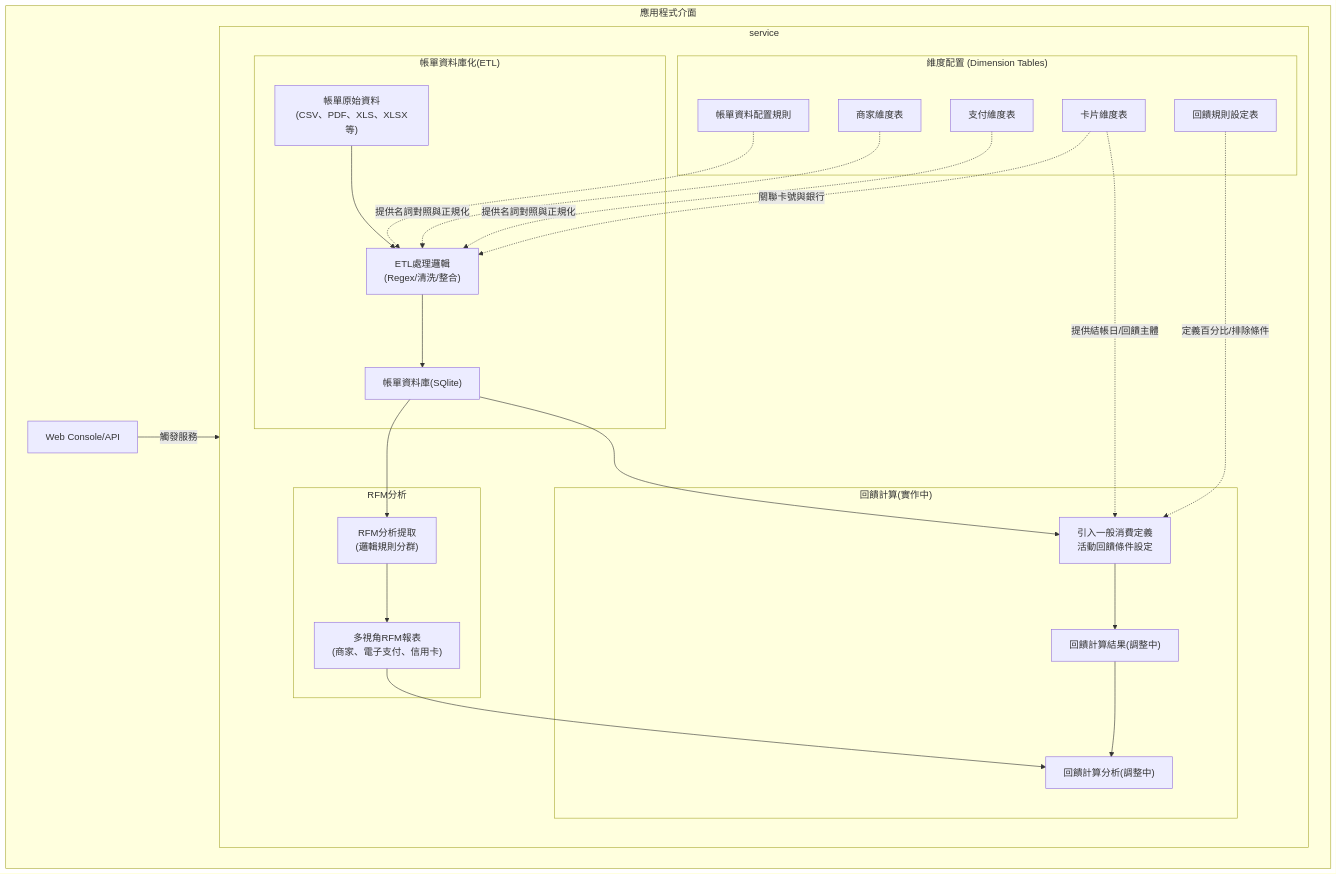
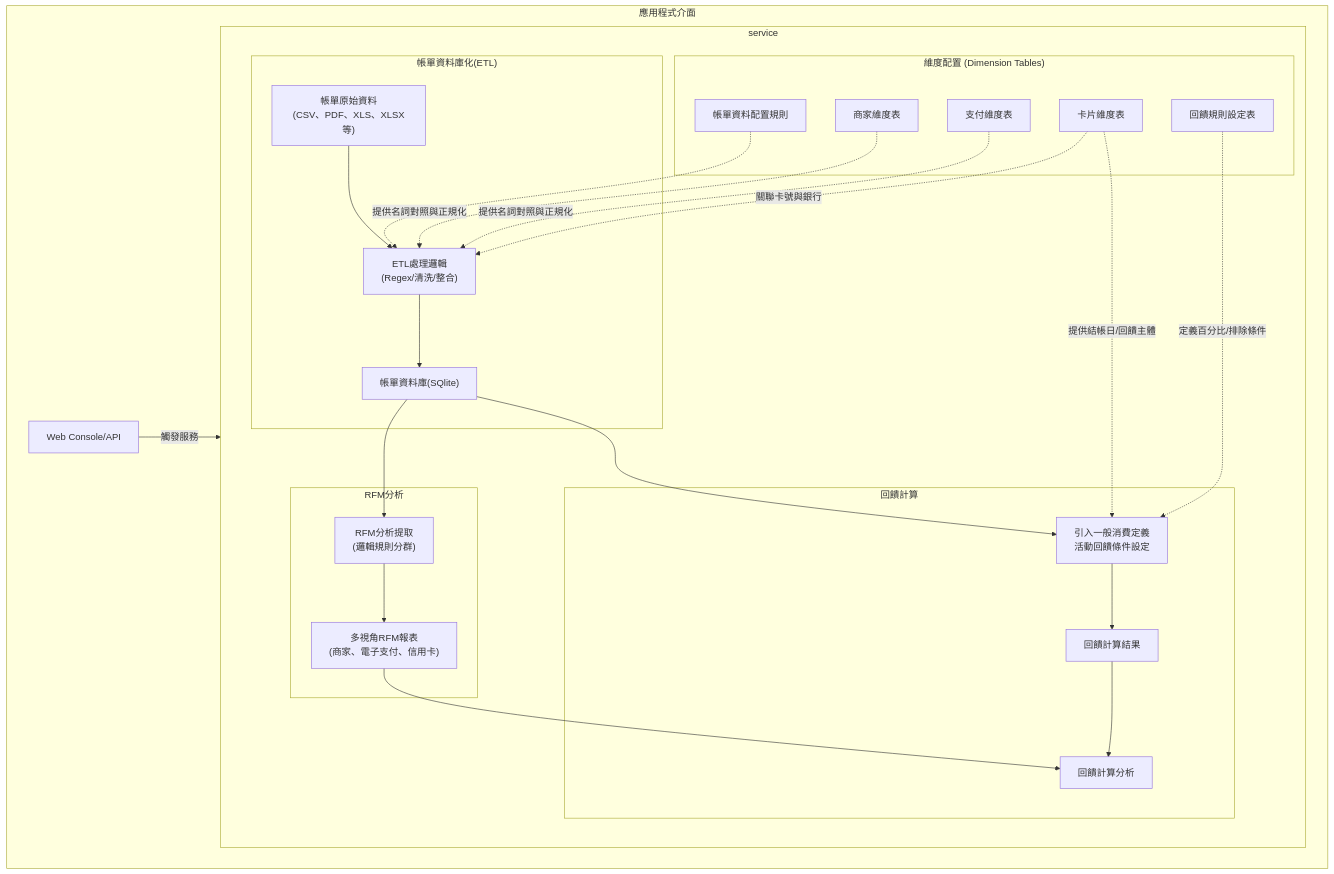
The diagram in README.md (hh821029/CardFlowAnalytics), drawn with Mermaid before and after one commit. The commit also changed other lines of this file, not shown here.

Commit message:
README.md更新

````diff
--- a/README.md
+++ b/README.md
@@ -37,45 +39,45 @@
 ```mermaid
 
 graph TB
     subgraph service
         subgraph configs["維度配置 (Dimension Tables)"]
             E_dim_parsers["帳單資料配置規則"]
             E_dim_card_source["卡片維度表<br/>"]
             E_dim_merchant_source["商家維度表<br/>"]
             E_dim_thirdpay_source["支付維度表<br/>"]
             E_dim_reward_rule_source["回饋規則設定表<br/>"]
             end
                 
         subgraph DB_service ["帳單資料庫化(ETL)"]
             E_Bill_source["帳單原始資料<br/>(CSV、PDF、XLS、XLSX等)"] --> ETL_Logic["ETL處理邏輯<br/>(Regex/清洗/整合)"]
             E_dim_parsers-.-> ETL_Logic
             ETL_Logic --> E_DB["帳單資料庫(SQlite)"]
             end
 
         subgraph RFM_analysis ["RFM分析"]
             E_DB -->RFM_Logic["RFM分析提取<br/>(邏輯規則分群)<br/>"]
             RFM_Logic --> E_RFM["多視角RFM報表<br/>(商家、電子支付、信用卡)"]
             end		
 
-        subgraph Reward_Calculation ["回饋計算(實作中)"]
+        subgraph Reward_Calculation ["回饋計算"]
             E_DB -->Reward_Engine["引入一般消費定義<br/>活動回饋條件設定<br/>"]
-            Reward_Engine --> E_Reward["回饋計算結果(調整中)"]
-            E_RFM --> E_Reward_Analysis["回饋計算分析(調整中)"]
-            E_Reward --> E_Reward_Analysis
+            Reward_Engine --> E_Reward["回饋計算結果"]
+            E_RFM --> E_Reward_Analysis["回饋計算分析"]
+            E_Reward --> E_Reward_Analysis  
             end
             
         E_dim_merchant_source -.->|"提供名詞對照與正規化"| ETL_Logic
         E_dim_thirdpay_source -.->|"提供名詞對照與正規化"| ETL_Logic   
         E_dim_card_source -.->|"關聯卡號與銀行"| ETL_Logic
         E_dim_card_source -.->|"提供結帳日/回饋主體"| Reward_Engine   
         E_dim_reward_rule_source -.->|"定義百分比/排除條件"|Reward_Engine
         end
 
                 
     subgraph API_view["應用程式介面"]
         E_API["Web Console/API"]
         E_API -->|"觸發服務<br/>"| service
 
         end
 
 ```
````
